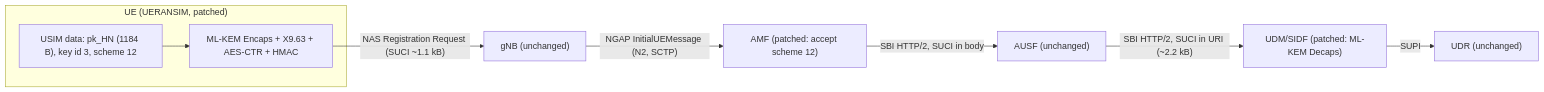
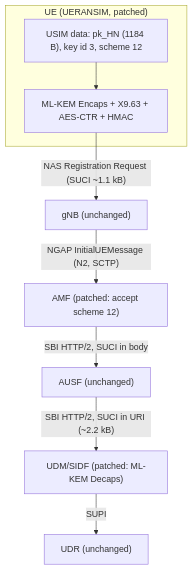
One commit to raj-atg/pq-suci-5g changed the second of 2 diagrams in docs/09-technical-deep-dive.md. Above: the diagram before and after it, drawn with Mermaid. The commit also changed 18 other files, not shown here.

First line of the commit message:
docs: render Mermaid diagrams to PNG and PDF (fig8 to fig8d)

````diff
--- a/docs/09-technical-deep-dive.md
+++ b/docs/09-technical-deep-dive.md
@@ -288,11 +288,11 @@
 ```mermaid
-flowchart LR
+flowchart TB
     subgraph UE["UE (UERANSIM, patched)"]
       USIM["USIM data: pk_HN (1184 B), key id 3, scheme 12"] --> ENC["ML-KEM Encaps + X9.63 + AES-CTR + HMAC"]
     end
     ENC -->|"NAS Registration Request (SUCI ~1.1 kB)"| GNB["gNB (unchanged)"]
     GNB -->|"NGAP InitialUEMessage (N2, SCTP)"| AMF["AMF (patched: accept scheme 12)"]
     AMF -->|"SBI HTTP/2, SUCI in body"| AUSF["AUSF (unchanged)"]
     AUSF -->|"SBI HTTP/2, SUCI in URI (~2.2 kB)"| UDM["UDM/SIDF (patched: ML-KEM Decaps)"]
     UDM -->|"SUPI"| UDR["UDR (unchanged)"]
 ```
````
